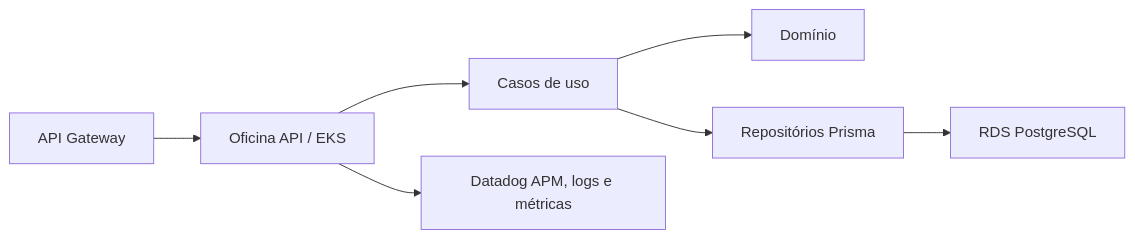
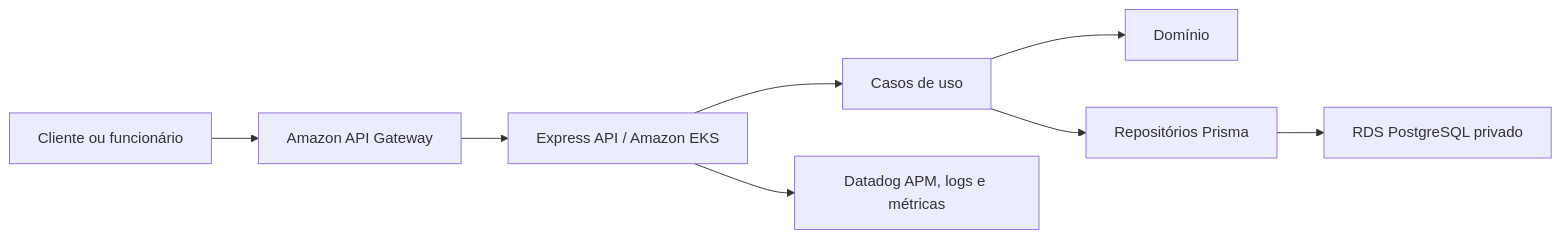
One commit to maypinheiro/oficina-api changed the diagram in README.md. Above: the diagram before and after it, drawn with Mermaid. The commit also changed other lines of this file, not shown here.

````diff
--- a/README.md
+++ b/README.md
@@ -52,9 +7,10 @@
 ```mermaid
 flowchart LR
-  Gateway["API Gateway"] --> API["Oficina API / EKS"]
+  Client["Cliente ou funcionário"] --> Gateway["Amazon API Gateway"]
+  Gateway --> API["Express API / Amazon EKS"]
   API --> UseCases["Casos de uso"]
   UseCases --> Domain["Domínio"]
   UseCases --> Prisma["Repositórios Prisma"]
-  Prisma --> RDS["RDS PostgreSQL"]
-  API --> Datadog["Datadog APM, logs e métricas"]
+  Prisma --> RDS["RDS PostgreSQL privado"]
+  API --> DD["Datadog APM, logs e métricas"]
 ```
````
